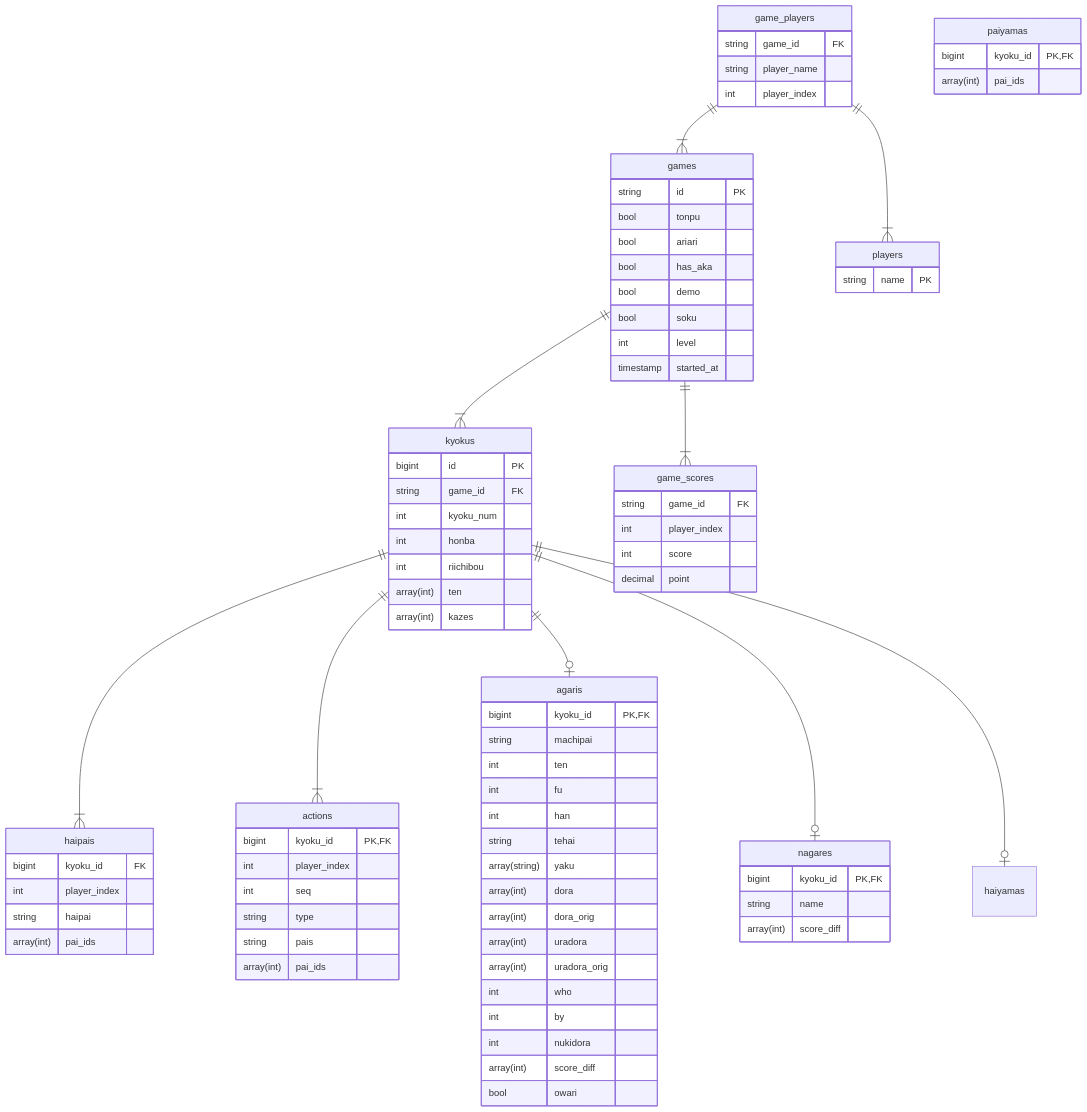
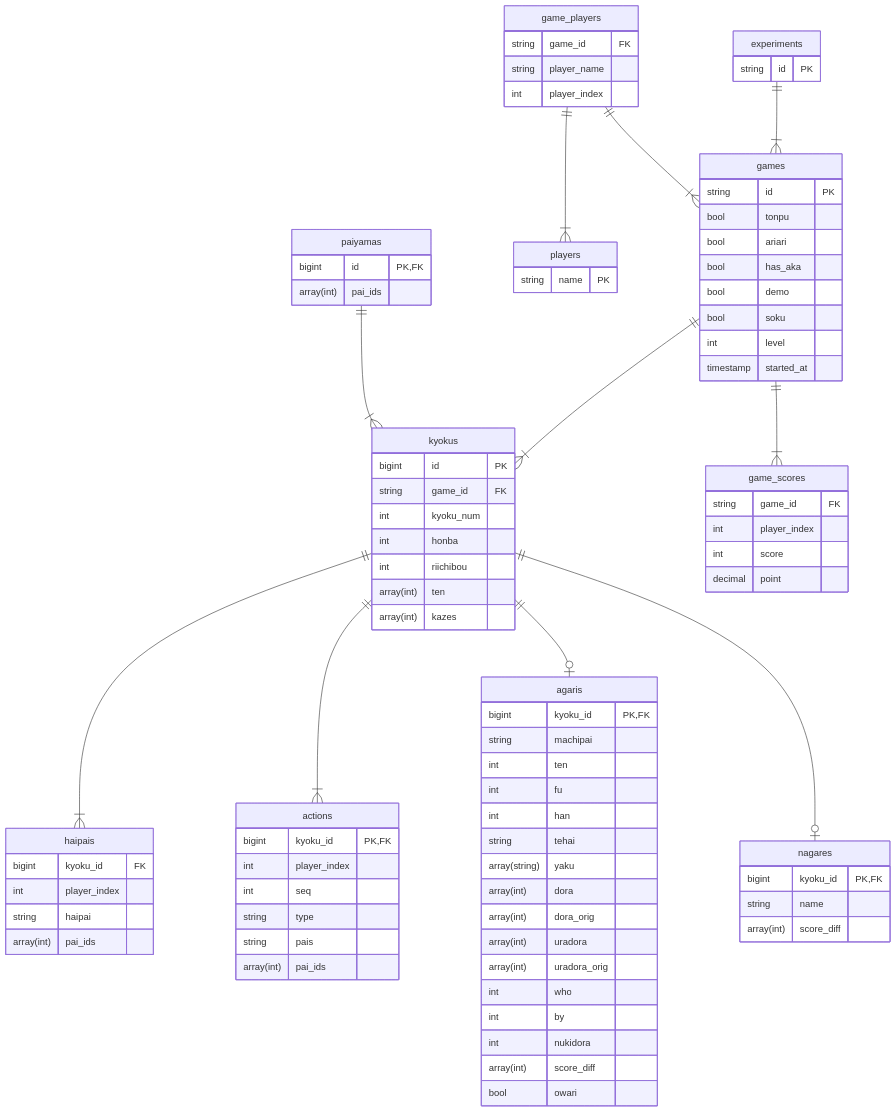
One commit to kackyt/mahjong-etl changed the diagram in er/mahjong.md. Above: the diagram before and after it, drawn with Mermaid. The commit also changed 1 other file, not shown here.

Commit message:
feat: 牌山と局のERを変更

````diff
--- a/er/mahjong.md
+++ b/er/mahjong.md
@@ -1,18 +1,24 @@
 ```mermaid
 erDiagram
+  experiments ||--|{ games : ""
   game_players ||--|{ games : ""
   game_players ||--|{ players : ""
   games ||--|{ kyokus : ""
   games ||--|{ game_scores : ""
+  paiyamas ||--|{ kyokus : ""
   kyokus ||--|{ haipais : ""
   kyokus ||--|{ actions : ""
   kyokus ||--o| agaris : ""
   kyokus ||--o| nagares : ""
-  kyokus ||--o| haiyamas : ""
+
+  experiments {
+    string id PK
+  }
 
   players {
     string name PK
   }
+
   kyokus {
     bigint id PK
     string game_id FK
@@ -24,7 +30,7 @@
   }
 
   paiyamas {
-    bigint kyoku_id PK,FK
+    bigint id PK,FK
     array(int) pai_ids
   }
 
````
